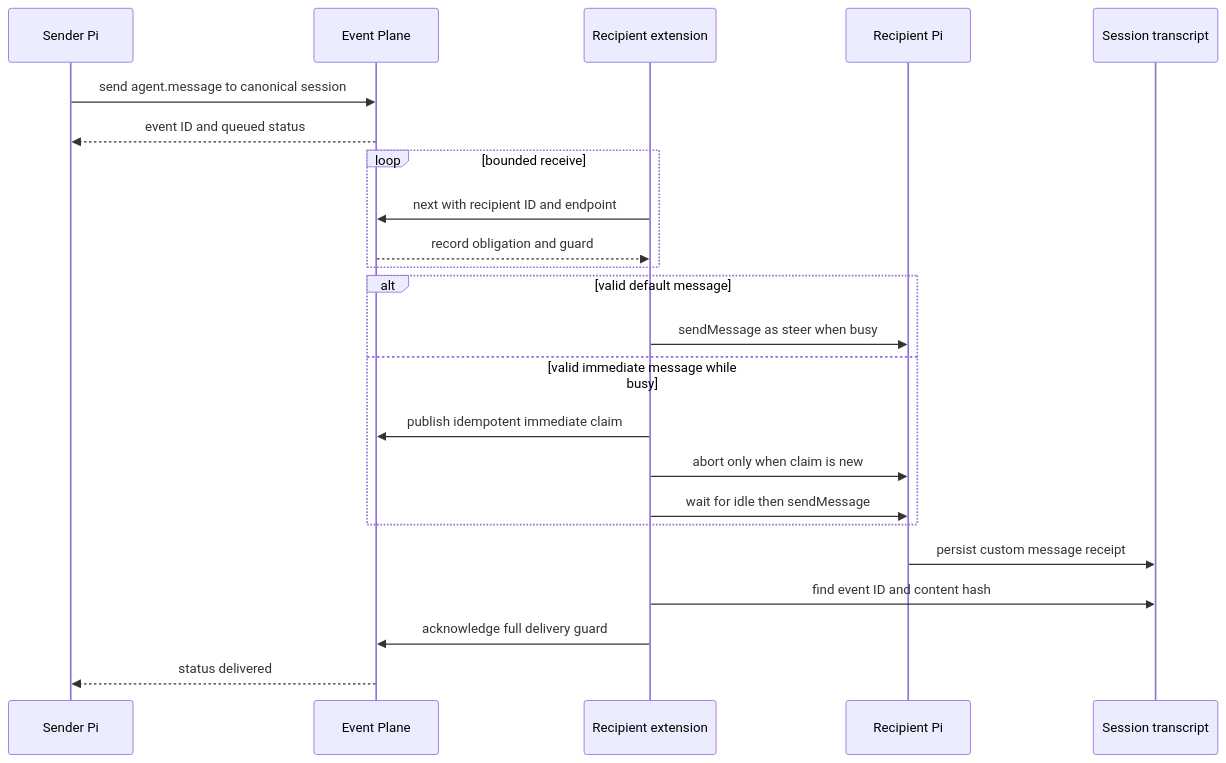
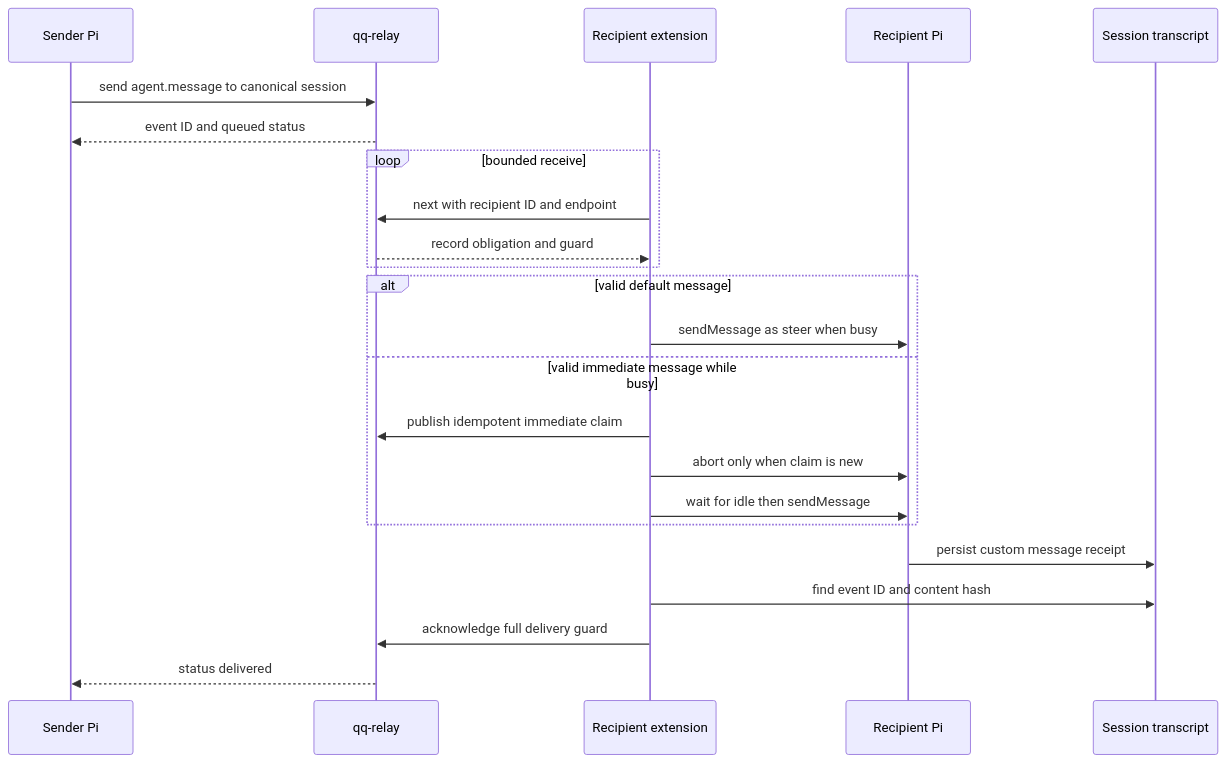
One commit to hypermemetic-ai/qq changed the first of 2 diagrams in openwiki/event-plane/agent-messaging.md. Above: the diagram before and after it, drawn with Mermaid. The commit also changed other lines of this file and 10 other files, not shown here.

````diff
--- a/openwiki/event-plane/agent-messaging.md
+++ b/openwiki/event-plane/agent-messaging.md
@@ -104,25 +104,25 @@
 ```mermaid
 sequenceDiagram
     participant S as Sender Pi
-    participant EP as Event Plane
+    participant EP as qq-relay
     participant R as Recipient extension
     participant P as Recipient Pi
     participant T as Session transcript
     S->>EP: send agent.message to canonical session
     EP-->>S: event ID and queued status
     loop bounded receive
         R->>EP: next with recipient ID and endpoint
         EP-->>R: record obligation and guard
     end
     alt valid default message
         R->>P: sendMessage as steer when busy
     else valid immediate message while busy
         R->>EP: publish idempotent immediate claim
         R->>P: abort only when claim is new
         R->>P: wait for idle then sendMessage
     end
     P->>T: persist custom message receipt
     R->>T: find event ID and content hash
     R->>EP: acknowledge full delivery guard
     EP-->>S: status delivered
 ```
````
